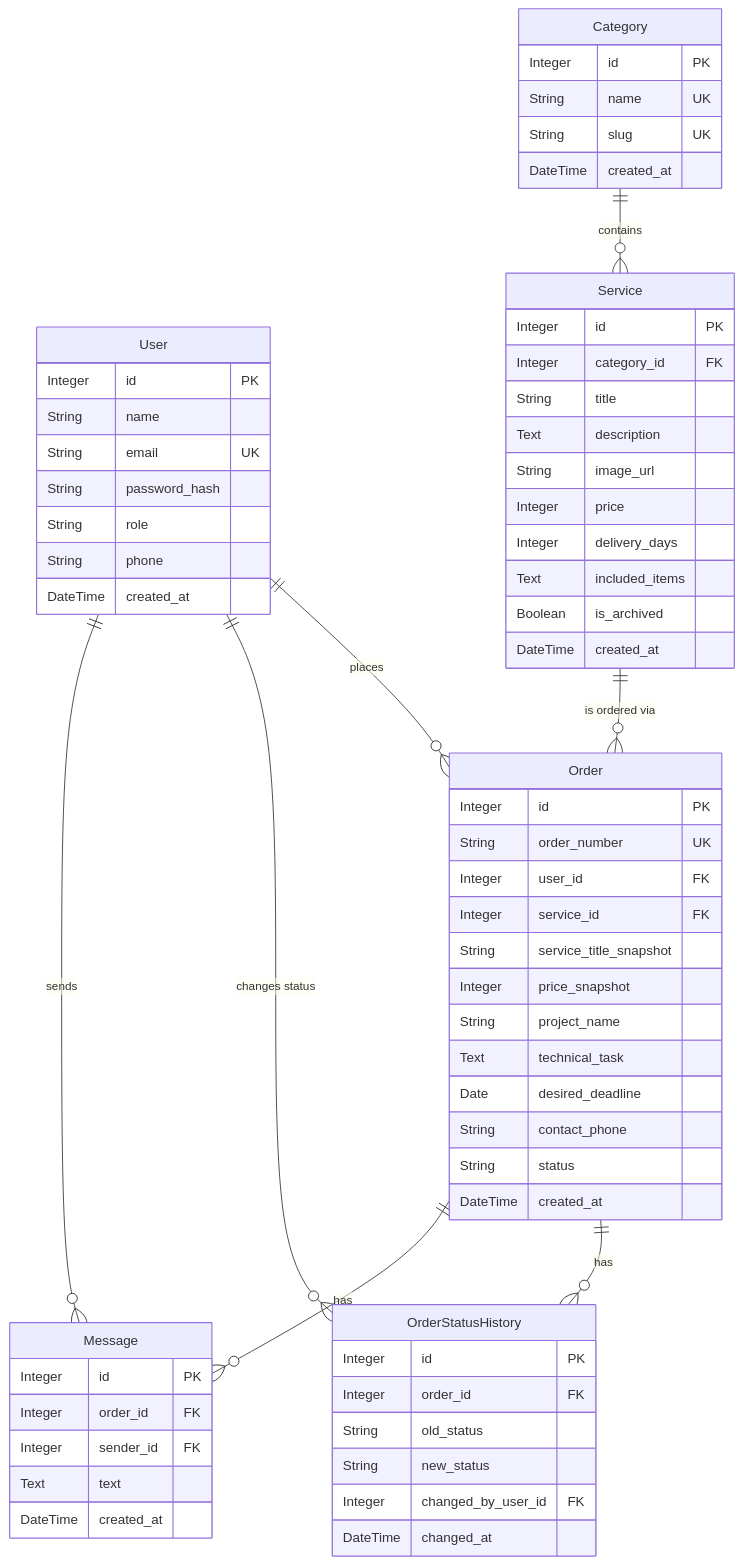
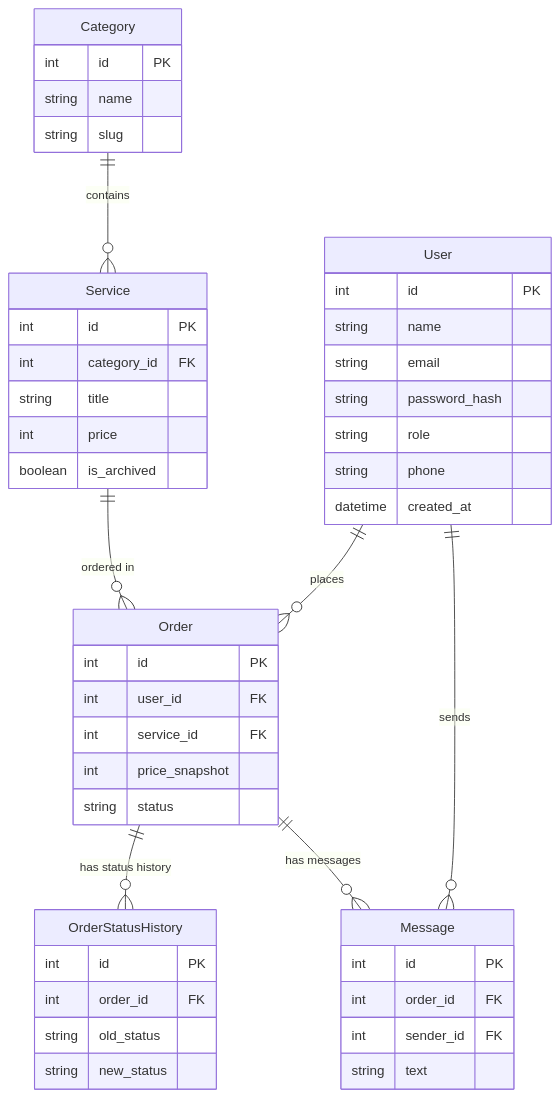
Before and after one commit to rahmonaliyevfazliddin5-oss/falcon-services: the diagram in README.md, drawn with Mermaid. The commit also changed other lines of this file, not shown here.

Commit message:
docs: finalize README with ER diagram, API endpoints, and setup guide

````diff
--- a/README.md
+++ b/README.md
@@ -15,67 +15,49 @@
 ```mermaid
 erDiagram
     User ||--o{ Order : "places"
-    User ||--o{ OrderStatusHistory : "changes status"
     User ||--o{ Message : "sends"
     Category ||--o{ Service : "contains"
-    Service ||--o{ Order : "is ordered via"
-    Order ||--o{ OrderStatusHistory : "has"
-    Order ||--o{ Message : "has"
-
+    Service ||--o{ Order : "ordered in"
+    Order ||--o{ OrderStatusHistory : "has status history"
+    Order ||--o{ Message : "has messages"
     User {
-        Integer id PK
-        String name
-        String email UK
-        String password_hash
-        String role
-        String phone
-        DateTime created_at
+        int id PK
+        string name
+        string email
+        string password_hash
+        string role
+        string phone
+        datetime created_at
     }
     Category {
-        Integer id PK
-        String name UK
-        String slug UK
-        DateTime created_at
+        int id PK
+        string name
+        string slug
     }
     Service {
-        Integer id PK
-        Integer category_id FK
-        String title
-        Text description
-        String image_url
-        Integer price
-        Integer delivery_days
-        Text included_items
-        Boolean is_archived
-        DateTime created_at
+        int id PK
+        int category_id FK
+        string title
+        int price
+        boolean is_archived
     }
     Order {
-        Integer id PK
-        String order_number UK
-        Integer user_id FK
-        Integer service_id FK
-        String service_title_snapshot
-        Integer price_snapshot
-        String project_name
-        Text technical_task
-        Date desired_deadline
-        String contact_phone
-        String status
-        DateTime created_at
+        int id PK
+        int user_id FK
+        int service_id FK
+        int price_snapshot
+        string status
     }
     OrderStatusHistory {
-        Integer id PK
-        Integer order_id FK
-        String old_status
-        String new_status
-        Integer changed_by_user_id FK
-        DateTime changed_at
+        int id PK
+        int order_id FK
+        string old_status
+        string new_status
     }
     Message {
-        Integer id PK
-        Integer order_id FK
-        Integer sender_id FK
-        Text text
-        DateTime created_at
+        int id PK
+        int order_id FK
+        int sender_id FK
+        string text
     }
 ```
````
